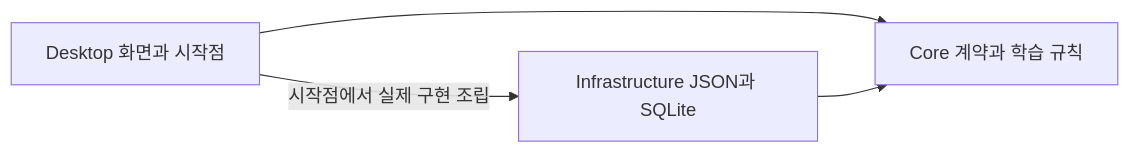
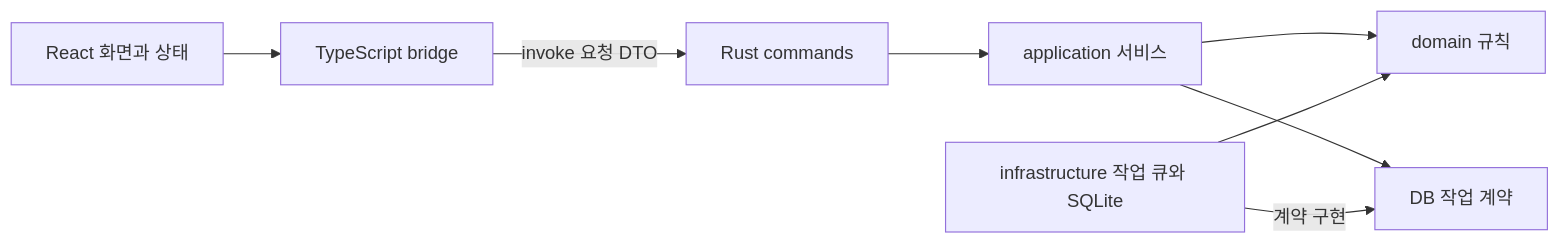
One commit to hominjang/StudyApp changed the diagram in Window/구현설계/01_코드구성과의존성.md. Above: the diagram before and after it, drawn with Mermaid. The commit also changed other lines of this file and 98 other files, not shown here.

````diff
--- a/Window/구현설계/01_코드구성과의존성.md
+++ b/Window/구현설계/01_코드구성과의존성.md
@@ -35,6 +38,10 @@
 ```mermaid
 flowchart LR
-    Desktop[Desktop 화면과 시작점] --> Core[Core 계약과 학습 규칙]
-    Desktop -->|시작점에서 실제 구현 조립| Infra[Infrastructure JSON과 SQLite]
-    Infra --> Core
+    UI[React 화면과 상태] --> Bridge[TypeScript bridge]
+    Bridge -->|invoke 요청 DTO| Cmd[Rust commands]
+    Cmd --> App[application 서비스]
+    App --> Domain[domain 규칙]
+    App --> Port[DB 작업 계약]
+    Infra[infrastructure 작업 큐와 SQLite] -->|계약 구현| Port
+    Infra --> Domain
 ```
````
